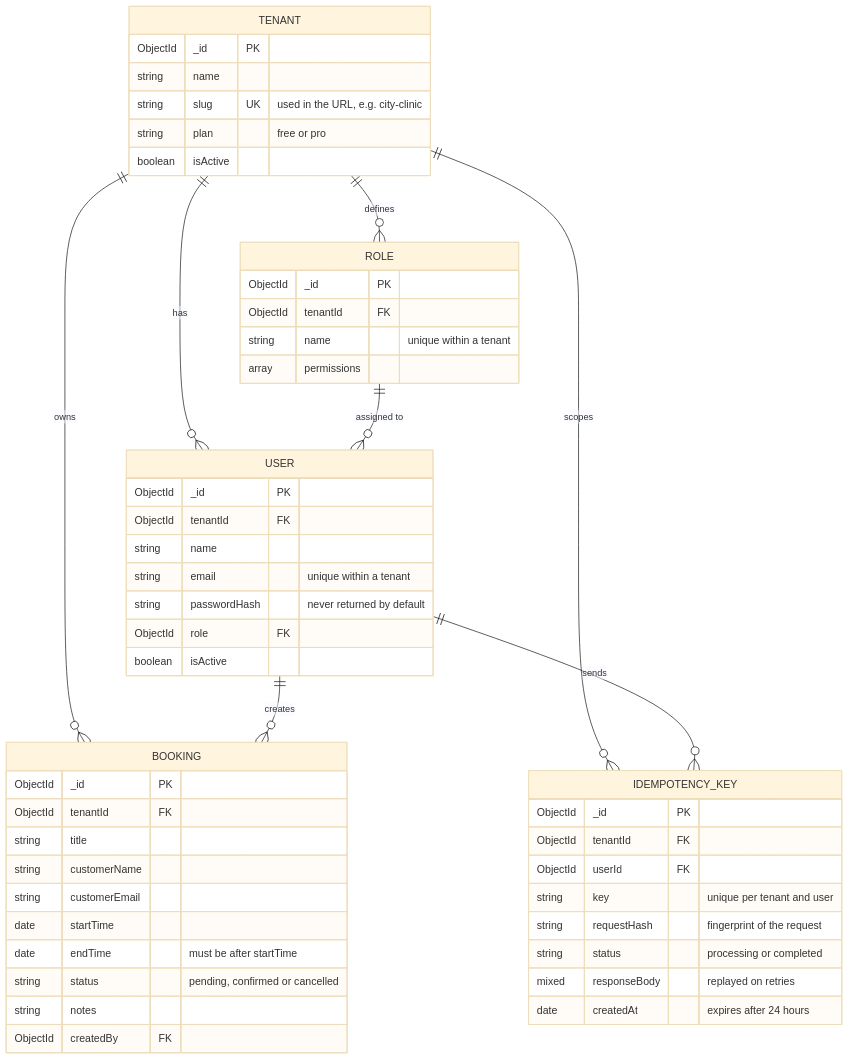
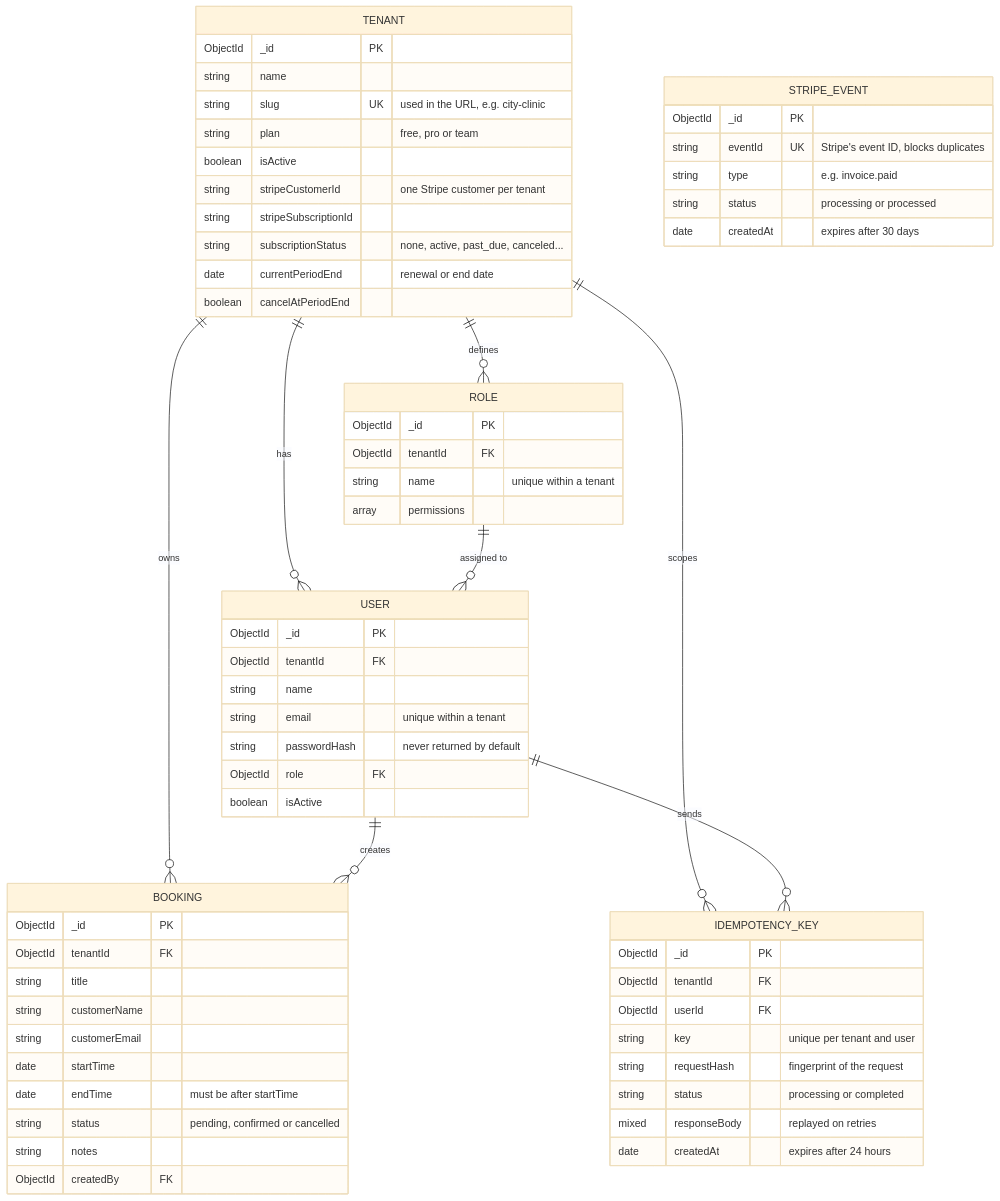
Before and after one commit to UroojFatima-052/parallax-saas: the third of 4 diagrams in README.md, drawn with Mermaid (base theme). The commit also changed other lines of this file and 1 other file, not shown here.

````diff
--- a/README.md
+++ b/README.md
@@ -121,55 +187,67 @@
 ```mermaid
 erDiagram
     TENANT ||--o{ ROLE : defines
     TENANT ||--o{ USER : has
     TENANT ||--o{ BOOKING : owns
     TENANT ||--o{ IDEMPOTENCY_KEY : scopes
     ROLE ||--o{ USER : "assigned to"
     USER ||--o{ BOOKING : creates
     USER ||--o{ IDEMPOTENCY_KEY : sends
 
     TENANT {
         ObjectId _id PK
         string name
         string slug UK "used in the URL, e.g. city-clinic"
-        string plan "free or pro"
+        string plan "free, pro or team"
         boolean isActive
+        string stripeCustomerId "one Stripe customer per tenant"
+        string stripeSubscriptionId
+        string subscriptionStatus "none, active, past_due, canceled..."
+        date currentPeriodEnd "renewal or end date"
+        boolean cancelAtPeriodEnd
     }
     ROLE {
         ObjectId _id PK
         ObjectId tenantId FK
         string name "unique within a tenant"
         array permissions
     }
     USER {
         ObjectId _id PK
         ObjectId tenantId FK
         string name
         string email "unique within a tenant"
         string passwordHash "never returned by default"
         ObjectId role FK
         boolean isActive
     }
     BOOKING {
         ObjectId _id PK
         ObjectId tenantId FK
         string title
         string customerName
         string customerEmail
         date startTime
         date endTime "must be after startTime"
         string status "pending, confirmed or cancelled"
         string notes
         ObjectId createdBy FK
     }
     IDEMPOTENCY_KEY {
         ObjectId _id PK
         ObjectId tenantId FK
         ObjectId userId FK
         string key "unique per tenant and user"
         string requestHash "fingerprint of the request"
         string status "processing or completed"
         mixed responseBody "replayed on retries"
         date createdAt "expires after 24 hours"
     }
+    STRIPE_EVENT {
+        ObjectId _id PK
+        string eventId UK "Stripe's event ID, blocks duplicates"
+        string type "e.g. invoice.paid"
+        string status "processing or processed"
+        date createdAt "expires after 30 days"
+    }
 ```
````
